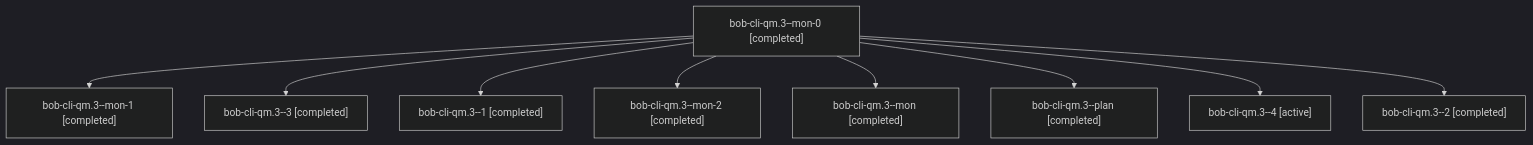
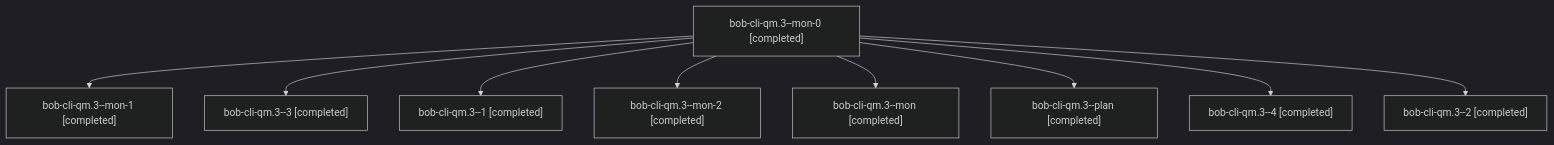
One commit to bobs-org/bob-cli--agents changed the diagram in sessions/bbugyi200.athena.bob-cli-qm.3.md. Above: the diagram before and after it, drawn with Mermaid (dark theme). The commit also changed other lines of this file and 23 other files, not shown here.

````diff
--- a/sessions/bbugyi200.athena.bob-cli-qm.3.md
+++ b/sessions/bbugyi200.athena.bob-cli-qm.3.md
@@ -9,20 +9,20 @@
 ```mermaid
 flowchart TD
   n0["bob-cli-qm.3--mon-0 [completed]"]
   n1["bob-cli-qm.3--mon-1 [completed]"]
   n0 --> n1
   n2["bob-cli-qm.3--3 [completed]"]
   n0 --> n2
   n3["bob-cli-qm.3--1 [completed]"]
   n0 --> n3
   n4["bob-cli-qm.3--mon-2 [completed]"]
   n0 --> n4
   n5["bob-cli-qm.3--mon [completed]"]
   n0 --> n5
   n6["bob-cli-qm.3--plan [completed]"]
   n0 --> n6
-  n7["bob-cli-qm.3--4 [active]"]
+  n7["bob-cli-qm.3--4 [completed]"]
   n0 --> n7
   n8["bob-cli-qm.3--2 [completed]"]
   n0 --> n8
 ```
````
